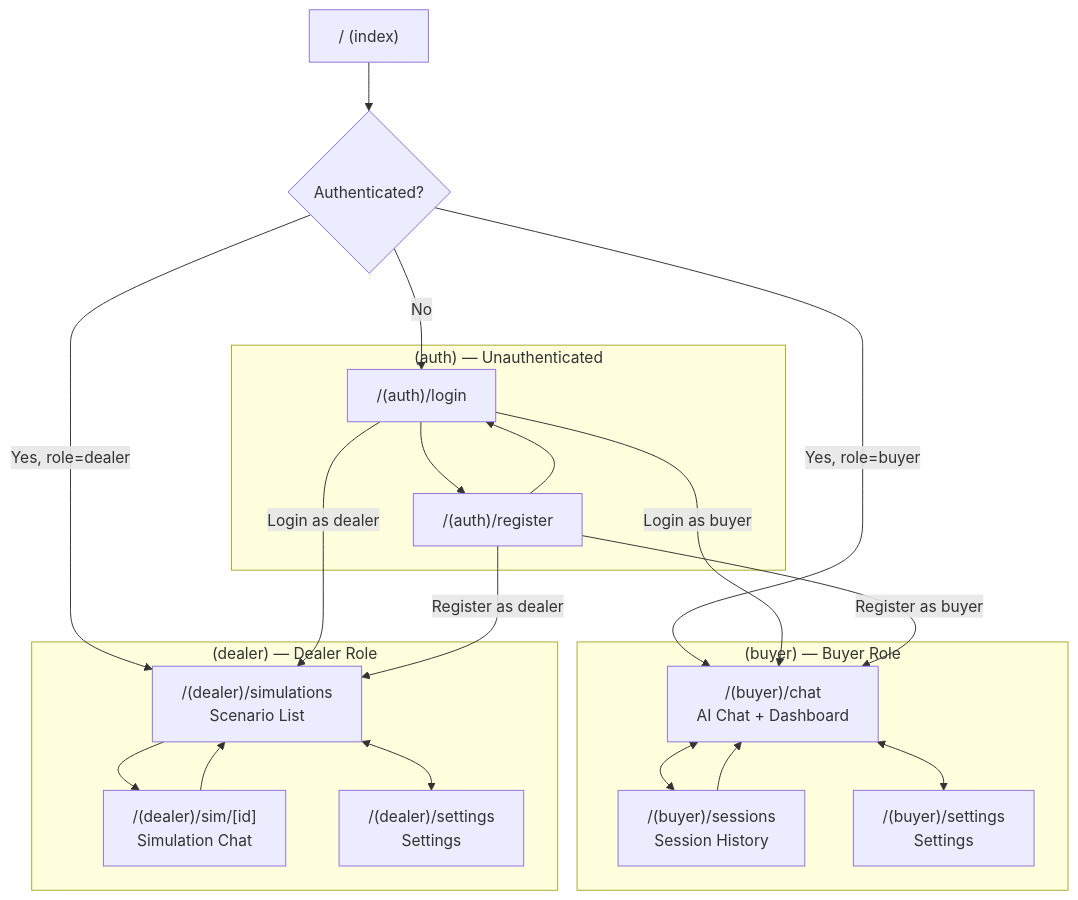
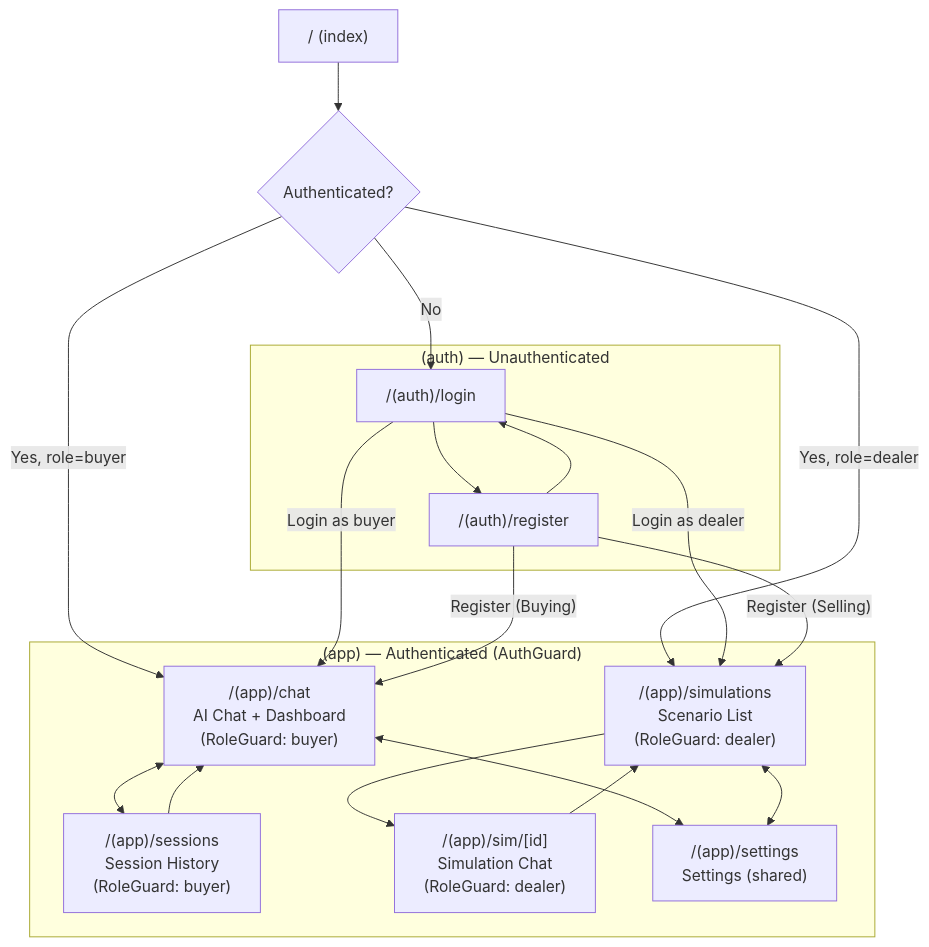
Before and after one commit to kramersmith/dealership-ai: the first of 4 diagrams in docs/diagrams/site-map-and-flows.md, drawn with Mermaid. The commit also changed other lines of this file and 38 other files, not shown here.

First line of the commit message:
feat: unify buyer and dealer into single role-gated app

````diff
--- a/docs/diagrams/site-map-and-flows.md
+++ b/docs/diagrams/site-map-and-flows.md
@@ -22,41 +22,37 @@
 ```mermaid
 flowchart TD
     ROOT["/ (index)"] --> AUTH_CHECK{Authenticated?}
 
     AUTH_CHECK -- No --> LOGIN["/(auth)/login"]
-    AUTH_CHECK -- "Yes, role=buyer" --> BUYER_CHAT["/(buyer)/chat"]
-    AUTH_CHECK -- "Yes, role=dealer" --> DEALER_SIMS["/(dealer)/simulations"]
+    AUTH_CHECK -- "Yes, role=buyer" --> APP_CHAT["/(app)/chat"]
+    AUTH_CHECK -- "Yes, role=dealer" --> APP_SIMS["/(app)/simulations"]
 
     LOGIN --> REGISTER["/(auth)/register"]
     REGISTER --> LOGIN
 
-    LOGIN -- "Login as buyer" --> BUYER_CHAT
-    LOGIN -- "Login as dealer" --> DEALER_SIMS
-    REGISTER -- "Register as buyer" --> BUYER_CHAT
-    REGISTER -- "Register as dealer" --> DEALER_SIMS
+    LOGIN -- "Login as buyer" --> APP_CHAT
+    LOGIN -- "Login as dealer" --> APP_SIMS
+    REGISTER -- "Register (Buying)" --> APP_CHAT
+    REGISTER -- "Register (Selling)" --> APP_SIMS
 
     subgraph AUTH ["(auth) — Unauthenticated"]
         LOGIN
         REGISTER
     end
 
-    subgraph BUYER ["(buyer) — Buyer Role"]
-        BUYER_CHAT["/(buyer)/chat\nAI Chat + Dashboard"]
-        BUYER_SESSIONS["/(buyer)/sessions\nSession History"]
-        BUYER_SETTINGS["/(buyer)/settings\nSettings"]
+    subgraph APP ["(app) — Authenticated (AuthGuard)"]
+        APP_CHAT["/(app)/chat\nAI Chat + Dashboard\n(RoleGuard: buyer)"]
+        APP_SESSIONS["/(app)/sessions\nSession History\n(RoleGuard: buyer)"]
+        APP_SIMS["/(app)/simulations\nScenario List\n(RoleGuard: dealer)"]
+        APP_SIM_ID["/(app)/sim/[id]\nSimulation Chat\n(RoleGuard: dealer)"]
+        APP_SETTINGS["/(app)/settings\nSettings (shared)"]
     end
 
-    subgraph DEALER ["(dealer) — Dealer Role"]
-        DEALER_SIMS["/(dealer)/simulations\nScenario List"]
-        DEALER_SIM_ID["/(dealer)/sim/[id]\nSimulation Chat"]
-        DEALER_SETTINGS["/(dealer)/settings\nSettings"]
-    end
+    APP_CHAT <--> APP_SESSIONS
+    APP_CHAT <--> APP_SETTINGS
+    APP_SESSIONS --> APP_CHAT
 
-    BUYER_CHAT <--> BUYER_SESSIONS
-    BUYER_CHAT <--> BUYER_SETTINGS
-    BUYER_SESSIONS --> BUYER_CHAT
-
-    DEALER_SIMS --> DEALER_SIM_ID
-    DEALER_SIM_ID --> DEALER_SIMS
-    DEALER_SIMS <--> DEALER_SETTINGS
+    APP_SIMS --> APP_SIM_ID
+    APP_SIM_ID --> APP_SIMS
+    APP_SIMS <--> APP_SETTINGS
 ```
````
